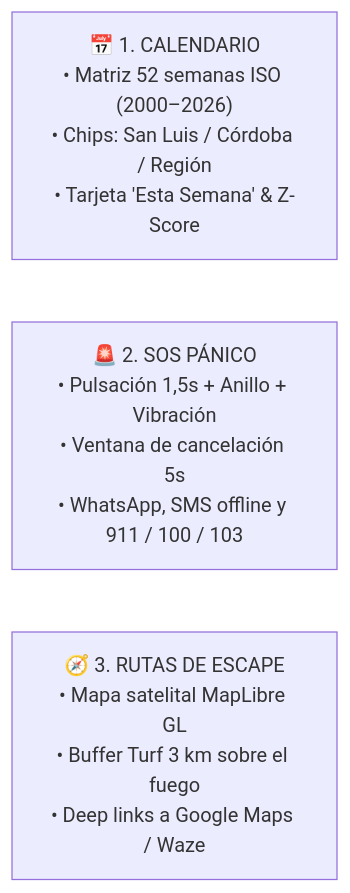
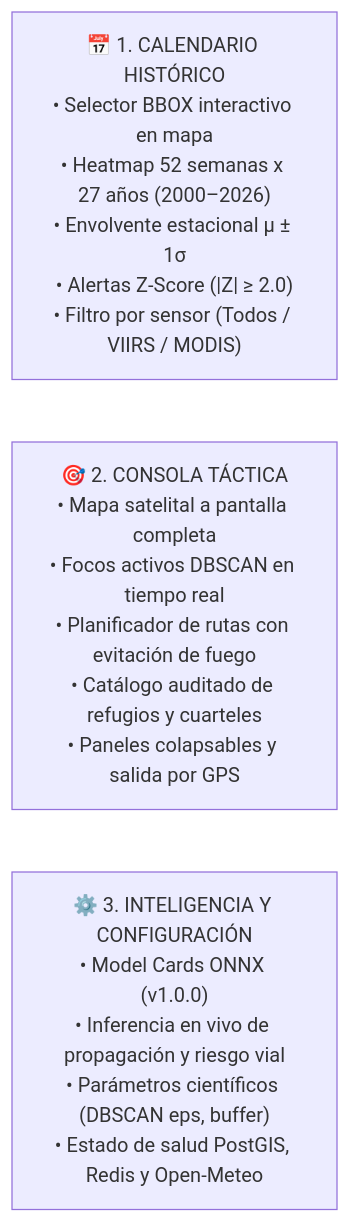
The diagram in README.md (Fjoel00/SeMF-SpaceAppsNASA), drawn with Mermaid before and after one commit. The commit also changed other lines of this file and 35 other files, not shown here.

Commit message:
feat: complete SeMF 2.0 with real NASA FIRMS 2000-2026 data, keyless maps and 3-tab UI

````diff
--- a/README.md
+++ b/README.md
@@ -15,6 +35,6 @@
 ```mermaid
 flowchart LR
-    Tab1["📅 1. CALENDARIO<br>• Matriz 52 semanas ISO (2000–2026)<br>• Chips: San Luis / Córdoba / Región<br>• Tarjeta 'Esta Semana' & Z-Score"]
-    Tab2["🚨 2. SOS PÁNICO<br>• Pulsación 1,5s + Anillo + Vibración<br>• Ventana de cancelación 5s<br>• WhatsApp, SMS offline y 911 / 100 / 103"]
-    Tab3["🧭 3. RUTAS DE ESCAPE<br>• Mapa satelital MapLibre GL<br>• Buffer Turf 3 km sobre el fuego<br>• Deep links a Google Maps / Waze"]
+    Tab1["📅 1. CALENDARIO HISTÓRICO<br>• Selector BBOX interactivo en mapa<br>• Heatmap 52 semanas x 27 años (2000–2026)<br>• Envolvente estacional μ ± 1σ<br>• Alertas Z-Score (|Z| ≥ 2.0)<br>• Filtro por sensor (Todos / VIIRS / MODIS)"]
+    Tab2["🎯 2. CONSOLA TÁCTICA<br>• Mapa satelital a pantalla completa<br>• Focos activos DBSCAN en tiempo real<br>• Planificador de rutas con evitación de fuego<br>• Catálogo auditado de refugios y cuarteles<br>• Paneles colapsables y salida por GPS"]
+    Tab3["⚙️ 3. INTELIGENCIA Y CONFIGURACIÓN<br>• Model Cards ONNX (v1.0.0)<br>• Inferencia en vivo de propagación y riesgo vial<br>• Parámetros científicos (DBSCAN eps, buffer)<br>• Estado de salud PostGIS, Redis y Open-Meteo"]
 ```
````
